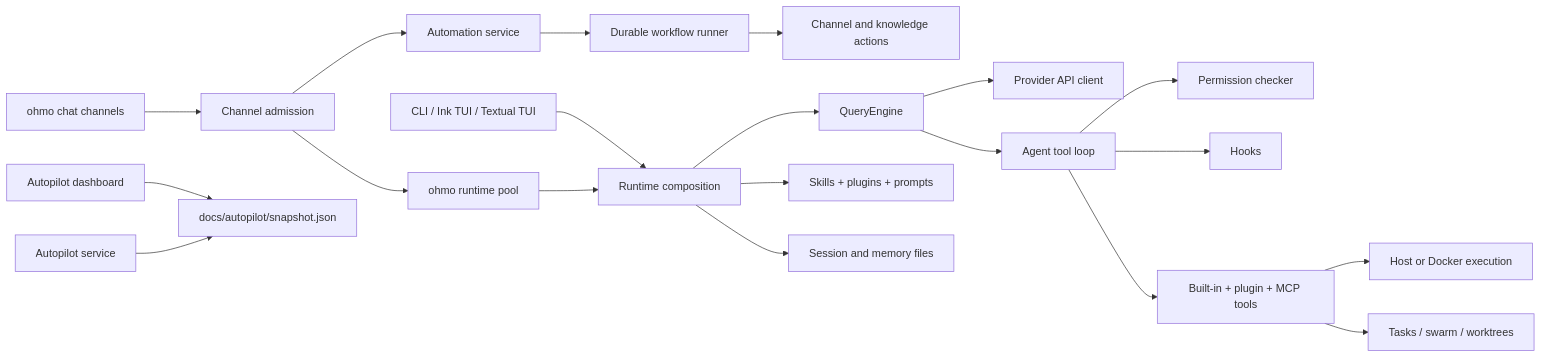
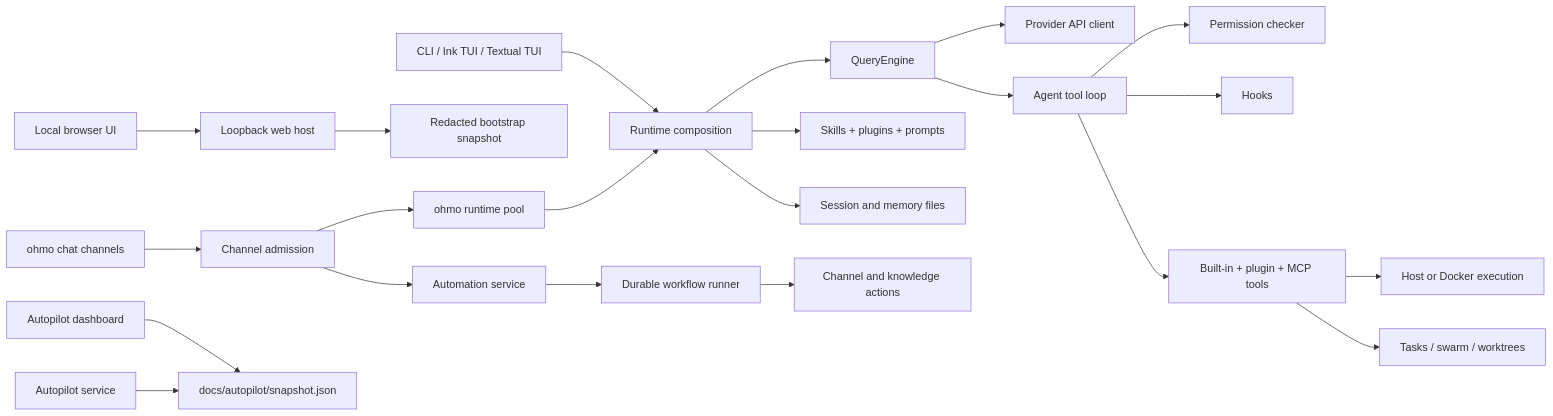
One commit to kevinwengh/OpenHarness changed the diagram in docs/ARCHITECTURE.md. Above: the diagram before and after it, drawn with Mermaid. The commit also changed other lines of this file and 31 other files, not shown here.

First line of the commit message:
feat(web): add secure local browser workspace shell

````diff
--- a/docs/ARCHITECTURE.md
+++ b/docs/ARCHITECTURE.md
@@ -22,22 +24,24 @@
 ```mermaid
 flowchart LR
     User[CLI / Ink TUI / Textual TUI] --> Runtime[Runtime composition]
+    Browser[Local browser UI] --> WebHost[Loopback web host]
+    WebHost --> Status[Redacted bootstrap snapshot]
     Chat[ohmo chat channels] --> Admission[Channel admission]
     Admission --> Ohmo[ohmo runtime pool]
     Admission --> Automation[Automation service]
     Automation --> Workflow[Durable workflow runner]
     Workflow --> Effects[Channel and knowledge actions]
     Ohmo --> Runtime
     Runtime --> Engine[QueryEngine]
     Engine --> Client[Provider API client]
     Engine --> Loop[Agent tool loop]
     Loop --> Permissions[Permission checker]
     Loop --> Hooks[Hooks]
     Loop --> Tools[Built-in + plugin + MCP tools]
     Tools --> Sandbox[Host or Docker execution]
     Runtime --> Skills[Skills + plugins + prompts]
     Runtime --> Sessions[Session and memory files]
     Tools --> Tasks[Tasks / swarm / worktrees]
     Dashboard[Autopilot dashboard] --> Snapshot[docs/autopilot/snapshot.json]
     Autopilot[Autopilot service] --> Snapshot
 ```
````
